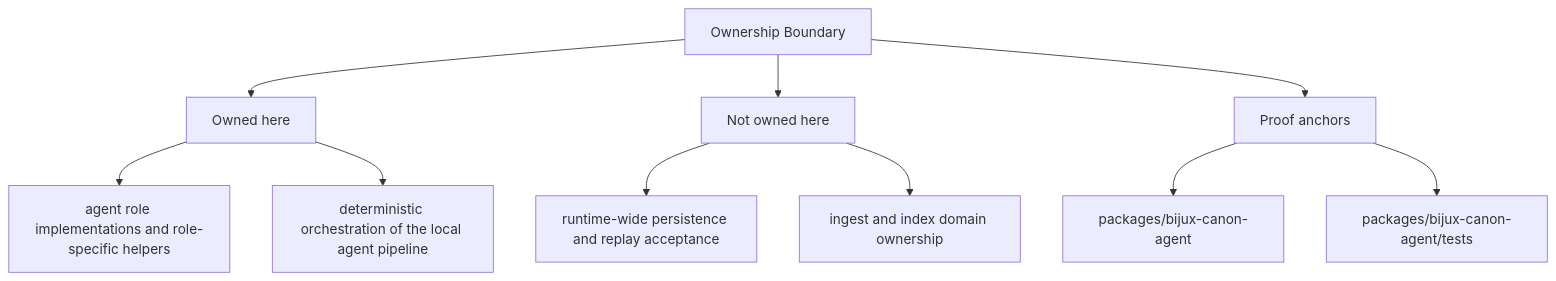
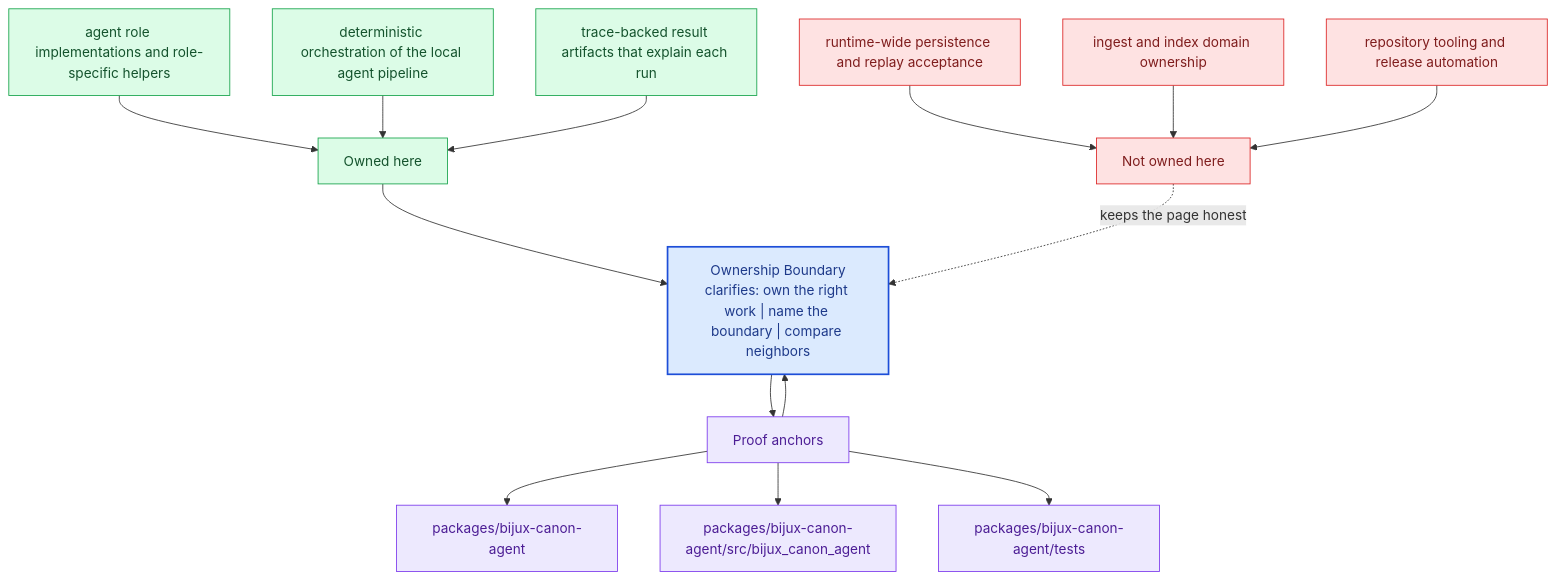
The second of 2 diagrams in docs/bijux-canon-agent/foundation/ownership-boundary.md (bijux/bijux-canon), drawn with Mermaid before and after one commit. The commit also changed other lines of this file and 281 other files, not shown here.

Commit message:
docs(diagrams): deepen handbook mermaid maps across the catalog

````diff
--- a/docs/bijux-canon-agent/foundation/ownership-boundary.md
+++ b/docs/bijux-canon-agent/foundation/ownership-boundary.md
@@ -35,22 +68,40 @@
 ```mermaid
-flowchart TD
-    page["Ownership Boundary"]
+flowchart TB
+    promise["Ownership Boundary<br/>clarifies: own the right work | name the boundary | compare neighbors"]
+    classDef promise fill:#dbeafe,stroke:#1d4ed8,color:#1e3a8a,stroke-width:2px;
+    classDef driver fill:#dcfce7,stroke:#16a34a,color:#14532d;
+    classDef constraint fill:#fee2e2,stroke:#dc2626,color:#7f1d1d;
+    classDef ground fill:#ede9fe,stroke:#7c3aed,color:#4c1d95;
     focus1["Owned here"]
-    page --> focus1
+    focus1 --> promise
     focus1_1["agent role implementations and role-specific helpers"]
-    focus1 --> focus1_1
+    focus1_1 --> focus1
     focus1_2["deterministic orchestration of the local agent pipeline"]
-    focus1 --> focus1_2
+    focus1_2 --> focus1
+    focus1_3["trace-backed result artifacts that explain each run"]
+    focus1_3 --> focus1
+    class focus1 driver;
+    class focus1_1,focus1_2,focus1_3 driver;
     focus2["Not owned here"]
-    page --> focus2
+    focus2 -.keeps the page honest.-> promise
     focus2_1["runtime-wide persistence and replay acceptance"]
-    focus2 --> focus2_1
+    focus2_1 --> focus2
     focus2_2["ingest and index domain ownership"]
-    focus2 --> focus2_2
+    focus2_2 --> focus2
+    focus2_3["repository tooling and release automation"]
+    focus2_3 --> focus2
+    class focus2 constraint;
+    class focus2_1,focus2_2,focus2_3 constraint;
     focus3["Proof anchors"]
-    page --> focus3
+    focus3 --> promise
+    promise --> focus3
     focus3_1["packages/bijux-canon-agent"]
     focus3 --> focus3_1
-    focus3_2["packages/bijux-canon-agent/tests"]
+    focus3_2["packages/bijux-canon-agent/src/bijux_canon_agent"]
     focus3 --> focus3_2
+    focus3_3["packages/bijux-canon-agent/tests"]
+    focus3 --> focus3_3
+    class focus3 ground;
+    class focus3_1,focus3_2,focus3_3 ground;
+    class promise promise;
 ```
````
